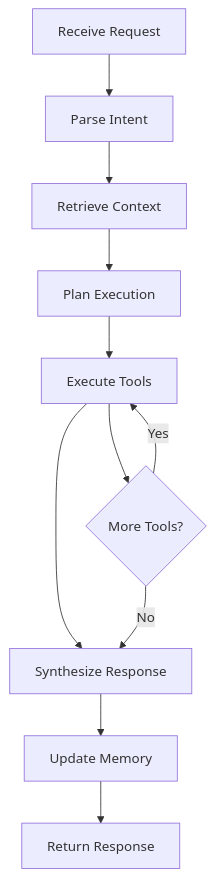
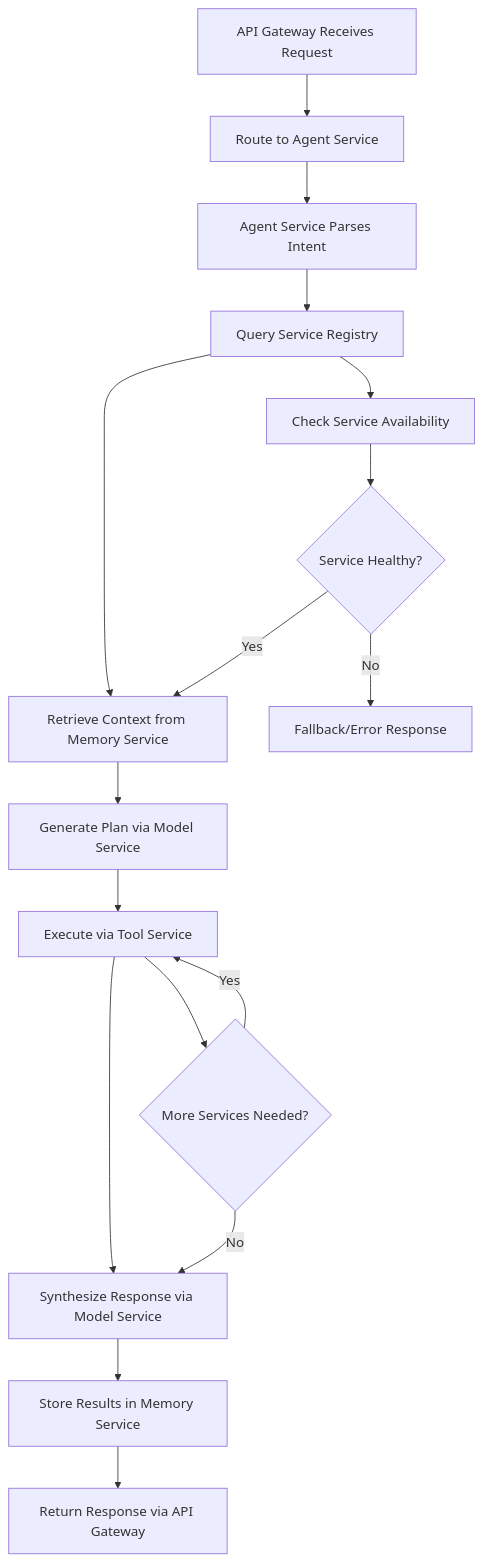
One commit to google/adk-python changed the fourth of 4 diagrams in ARCHITECTURE.md. Above: the diagram before and after it, drawn with Mermaid. The commit also changed other lines of this file and 2 other files, not shown here.

First line of the commit message:
feat: Standardize documentation with consistent service-based architecture

````diff
--- a/ARCHITECTURE.md
+++ b/ARCHITECTURE.md
@@ -206,14 +249,21 @@
 ```mermaid
 graph TD
-    A[Receive Request] --> B[Parse Intent]
-    B --> C[Retrieve Context]
-    C --> D[Plan Execution]
-    D --> E[Execute Tools]
-    E --> F[Synthesize Response]
-    F --> G[Update Memory]
-    G --> H[Return Response]
+    A[API Gateway Receives Request] --> B[Route to Agent Service]
+    B --> C[Agent Service Parses Intent]
+    C --> D[Query Service Registry]
+    D --> E[Retrieve Context from Memory Service]
+    E --> F[Generate Plan via Model Service]
+    F --> G[Execute via Tool Service]
+    G --> H[Synthesize Response via Model Service]
+    H --> I[Store Results in Memory Service]
+    I --> J[Return Response via API Gateway]
     
-    E --> I{More Tools?}
-    I -->|Yes| E
-    I -->|No| F
+    G --> K{More Services Needed?}
+    K -->|Yes| G
+    K -->|No| H
+    
+    D --> L[Check Service Availability]
+    L --> M{Service Healthy?}
+    M -->|Yes| E
+    M -->|No| N[Fallback/Error Response]
 ```
````
